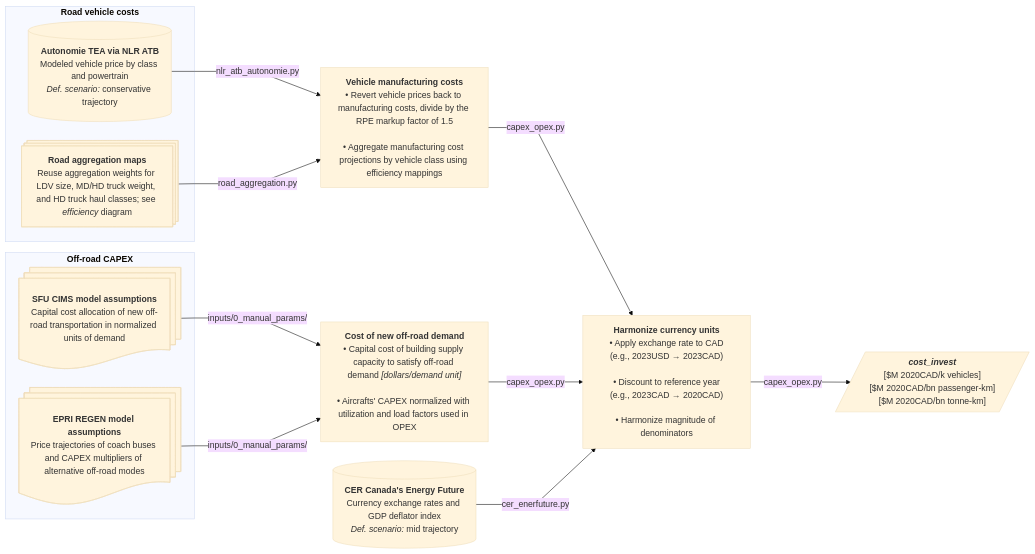
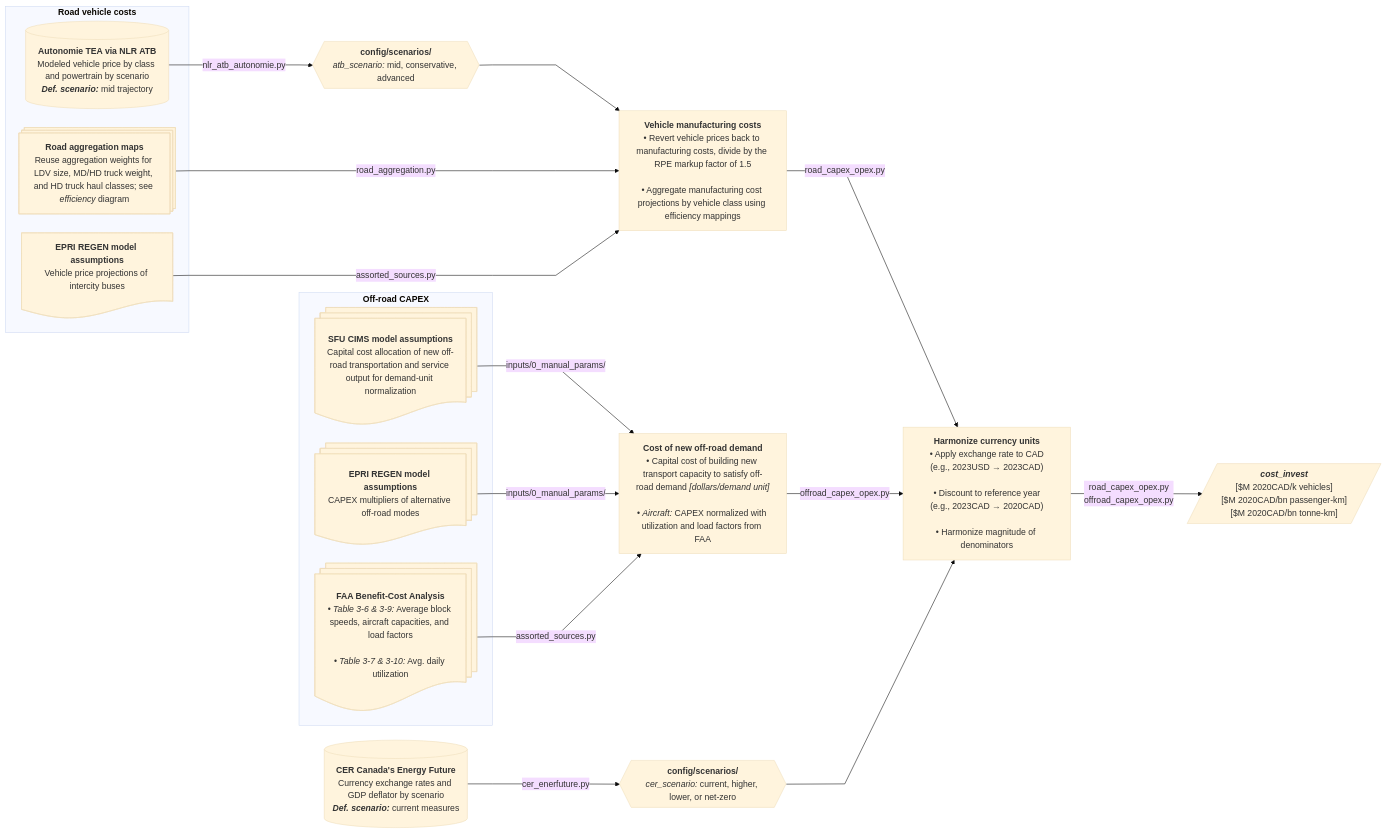
One commit to CANOE-main/canoe-transportation changed the ninth of 14 diagrams in README.md. Above: the diagram before and after it, drawn with Mermaid (base theme). The commit also changed other lines of this file and 14 other files, not shown here.

````diff
--- a/README.md
+++ b/README.md
@@ -556,46 +793,79 @@
 ```mermaid
 ---
 config:
   layout: dagre
   flowchart:
     nodeSpacing: 35
     rankSpacing: 50
     wrappingWidth: 250
     curve: linear
 ---
 flowchart LR
-  s3[("`**CER Canada's Energy Future**<br>Currency exchange rates and GDP deflator index<br>*Def. scenario:* mid trajectory`")]
+  %% ############ Sources ###########
+  s3[("`**CER Canada's Energy Future**
+    Currency exchange rates and GDP deflator by scenario
+    ***Def. scenario:*** current measures`")]
   subgraph offroad["`**Off-road CAPEX**`"]
-	  %% --- Sources ---
-	  s7@{shape: docs, label: "**SFU CIMS model assumptions**<br>Capital cost allocation of new off-road transportation in normalized units of demand"}
-	  s8@{shape: docs, label: "**EPRI REGEN model assumptions**<br>Price trajectories of coach buses and CAPEX multipliers of alternative off-road modes"}
+    s7@{shape: docs, label: "**SFU CIMS model assumptions**
+      Capital cost allocation of new off-road transportation and service output for demand-unit normalization"}
+    s8@{shape: docs, label: "**EPRI REGEN model assumptions**
+      CAPEX multipliers of alternative off-road modes"}
+    s9@{shape: docs, label: "**FAA Benefit-Cost Analysis**
+      • *Table 3-6 & 3-9:* Average block speeds, aircraft capacities, and load factors<br>
+      • *Table 3-7 & 3-10:* Avg. daily utilization"}
   end
 
-  %% --- Processes ---
-  p3["`**Cost of new off-road demand**<br>• Capital cost of building supply capacity to satisfy off-road demand *[dollars/demand unit]*<br><br>• Aircrafts' CAPEX normalized with utilization and load factors used in OPEX`"]
+  %% ############ Processes ###########
+  p3["`**Cost of new off-road demand**
+    • Capital cost of building new transport capacity to satisfy off-road demand *[dollars/demand unit]*<br>
+    • *Aircraft:* CAPEX normalized with utilization and load factors from FAA`"]
   s7 & s8 -- inputs/0_manual_params/ --> p3
+  s9 -- assorted_sources.py --> p3
 
+  %% ############ Sources ###########
   subgraph road["`**Road vehicle costs**`"]
-	  %% --- Sources ---
-	  s1@{shape: processes, label: "**Road aggregation maps**<br>Reuse aggregation weights for LDV size, MD/HD truck weight, and HD truck haul classes; see *efficiency* diagram"}
-	  s2[("`**Autonomie TEA via NLR ATB**<br>Modeled vehicle price by class and powertrain<br>*Def. scenario:* conservative trajectory`")]
+    s1@{shape: processes, label: "**Road aggregation maps**
+      Reuse aggregation weights for LDV size, MD/HD truck weight, and HD truck haul classes; see *efficiency* diagram"}
+    s2[("`**Autonomie TEA via NLR ATB**
+      Modeled vehicle price by class and powertrain by scenario
+      ***Def. scenario:*** mid trajectory`")]
+    s8_bus@{shape: doc, label: "**EPRI REGEN model assumptions**
+      Vehicle price projections of intercity buses"}
   end
 
-  %% --- Processes ---
-  p2["`**Vehicle manufacturing costs**<br>• Revert vehicle prices back to manufacturing costs, divide by the RPE markup factor of 1.5<br><br>• Aggregate manufacturing cost projections by vehicle class using efficiency mappings`"]
-  s2 -- nlr_atb_autonomie.py --> p2
+  %% ############ Processes ###########
+  p0_2@{shape: hex, label: "**config/scenarios/**
+    *atb_scenario:* mid, conservative, advanced"}
+  p2["`**Vehicle manufacturing costs**
+    • Revert vehicle prices back to manufacturing costs, divide by the RPE markup factor of 1.5<br>
+    • Aggregate manufacturing cost projections by vehicle class using efficiency mappings`"]
+  s2 -- nlr_atb_autonomie.py --> p0_2 --> p2
   s1 -- road_aggregation.py --> p2
+  s8_bus -- assorted_sources.py --> p2
 
-  p4["`**Harmonize currency units**<br>• Apply exchange rate to CAD<br>(e.g., 2023USD → 2023CAD)<br><br>• Discount to reference year<br>(e.g., 2023CAD → 2020CAD)<br><br>• Harmonize magnitude of denominators`"]
-  p2 -- capex_opex.py --> p4
-  p3 -- capex_opex.py --> p4
-  s3 -- cer_enerfuture.py --> p4
+  p0@{shape: hex, label: "**config/scenarios/**
+    *cer_scenario:* current, higher, lower, or net-zero"}
+  p4["`**Harmonize currency units**
+    • Apply exchange rate to CAD
+    (e.g., 2023USD → 2023CAD)<br>
+    • Discount to reference year
+    (e.g., 2023CAD → 2020CAD)<br>
+    • Harmonize magnitude of denominators`"]
+  p2 -- road_capex_opex.py --> p4
+  p3 -- offroad_capex_opex.py --> p4
+  s3 -- cer_enerfuture.py --> p0 --> p4
 
-  p4 -- capex_opex.py --> o1[/"`***cost_invest***<br>[$M 2020CAD/k vehicles]<br>[$M 2020CAD/bn passenger-km]<br>[$M 2020CAD/bn tonne-km]`"/]
+  p4 -- road_capex_opex.py
+  offroad_capex_opex.py --> o1[/"`***cost_invest***
+    [$M 2020CAD/k vehicles]
+    [$M 2020CAD/bn passenger-km]
+    [$M 2020CAD/bn tonne-km]`"/]
 
   %% --- Hyperlinks ---
+  click s8_bus "https://us-regen-docs.epri.com/v2025/assumptions/transportation.html#on-road-fleet-vehicles"
   click s8 "https://us-regen-docs.epri.com/v2025/assumptions/transportation.html#non-road-vehicles"
   click s7 "https://github.com/EMRG-SFU/cims-models/tree/main/sources/sectors"
   click s2 "https://vms.taps.anl.gov/research-highlights/vehicle-technologies/u-s-doe-vto-hfto-r-d-benefits/"
   click s3 "https://open.canada.ca/data/en/dataset/07c42deb-9435-43b9-a416-7ce316f3893d"
+  click s9 "https://www.faa.gov/regulations_policies/policy_guidance/benefit_cost"
 ```
````
